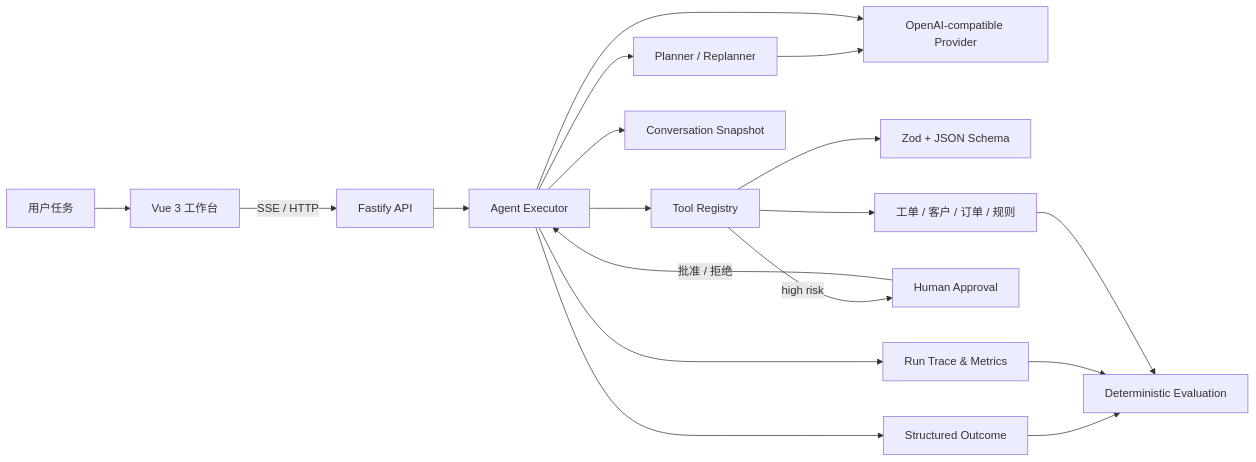
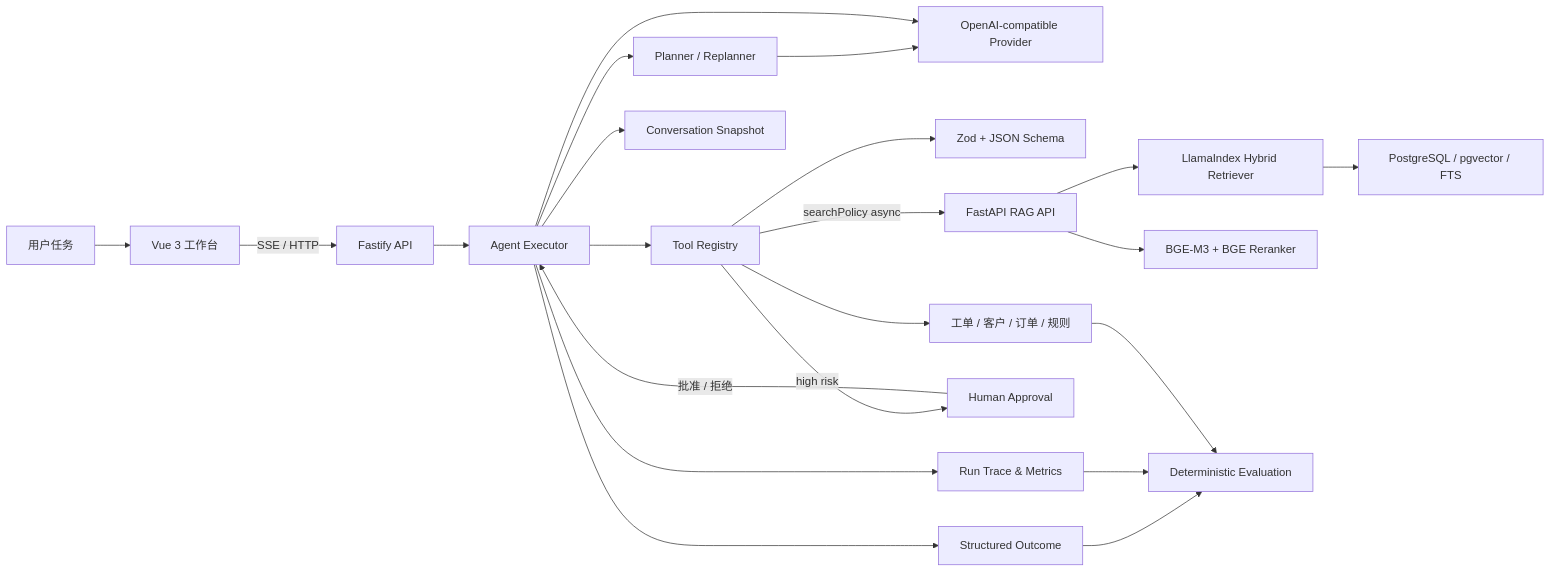
Before and after one commit to fageiu/AgentFlow: the first of 2 diagrams in docs/architecture.md, drawn with Mermaid. The commit also changed other lines of this file and 31 other files, not shown here.

````diff
--- a/docs/architecture.md
+++ b/docs/architecture.md
@@ -5,24 +5,28 @@
 ```mermaid
 flowchart LR
     User["用户任务"] --> Web["Vue 3 工作台"]
     Web -->|"SSE / HTTP"| API["Fastify API"]
     API --> Executor["Agent Executor"]
 
     Executor --> Planner["Planner / Replanner"]
     Planner --> Provider["OpenAI-compatible Provider"]
     Executor --> Provider
 
     Executor --> Registry["Tool Registry"]
     Registry --> Schema["Zod + JSON Schema"]
     Registry --> Sandbox["工单 / 客户 / 订单 / 规则"]
+    Registry -->|"searchPolicy async"| RagApi["FastAPI RAG API"]
+    RagApi --> Llama["LlamaIndex Hybrid Retriever"]
+    Llama --> Pg["PostgreSQL / pgvector / FTS"]
+    RagApi --> Bge["BGE-M3 + BGE Reranker"]
 
     Registry -->|"high risk"| Approval["Human Approval"]
     Approval -->|"批准 / 拒绝"| Executor
 
     Executor --> Outcome["Structured Outcome"]
     Executor --> Trace["Run Trace & Metrics"]
     Executor --> Conversation["Conversation Snapshot"]
     Outcome --> Evaluation["Deterministic Evaluation"]
     Trace --> Evaluation["Deterministic Evaluation"]
     Sandbox --> Evaluation
 ```
````
